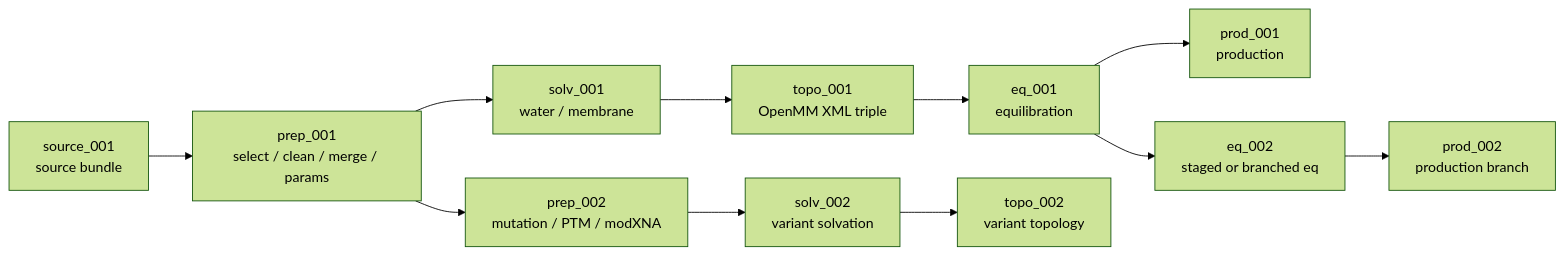
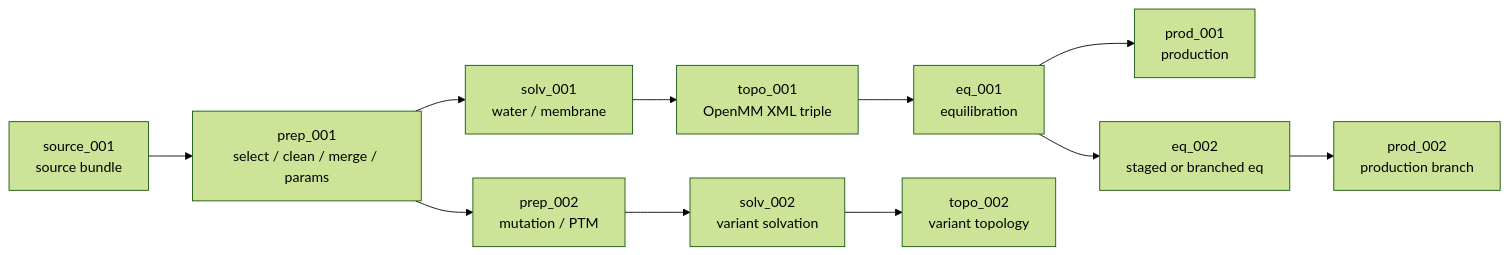
One commit to matsunagalab/mdclaw changed the second of 4 diagrams in docs/developer/architecture.md. Above: the diagram before and after it, drawn with Mermaid (forest theme). The commit also changed other lines of this file and 59 other files, not shown here.

````diff
--- a/docs/developer/architecture.md
+++ b/docs/developer/architecture.md
@@ -104,13 +103,13 @@
 ```mermaid
 flowchart LR
   source[source_001<br/>source bundle] --> prep[prep_001<br/>select / clean / merge / params]
   prep --> solv[solv_001<br/>water / membrane]
   solv --> topo[topo_001<br/>OpenMM XML triple]
   topo --> eq1[eq_001<br/>equilibration]
   eq1 --> prod1[prod_001<br/>production]
   eq1 --> eq2[eq_002<br/>staged or branched eq]
   eq2 --> prod2[prod_002<br/>production branch]
-  prep --> prep2[prep_002<br/>mutation / PTM / modXNA]
+  prep --> prep2[prep_002<br/>mutation / PTM]
   prep2 --> solv2[solv_002<br/>variant solvation]
   solv2 --> topo2[topo_002<br/>variant topology]
 ```
````
